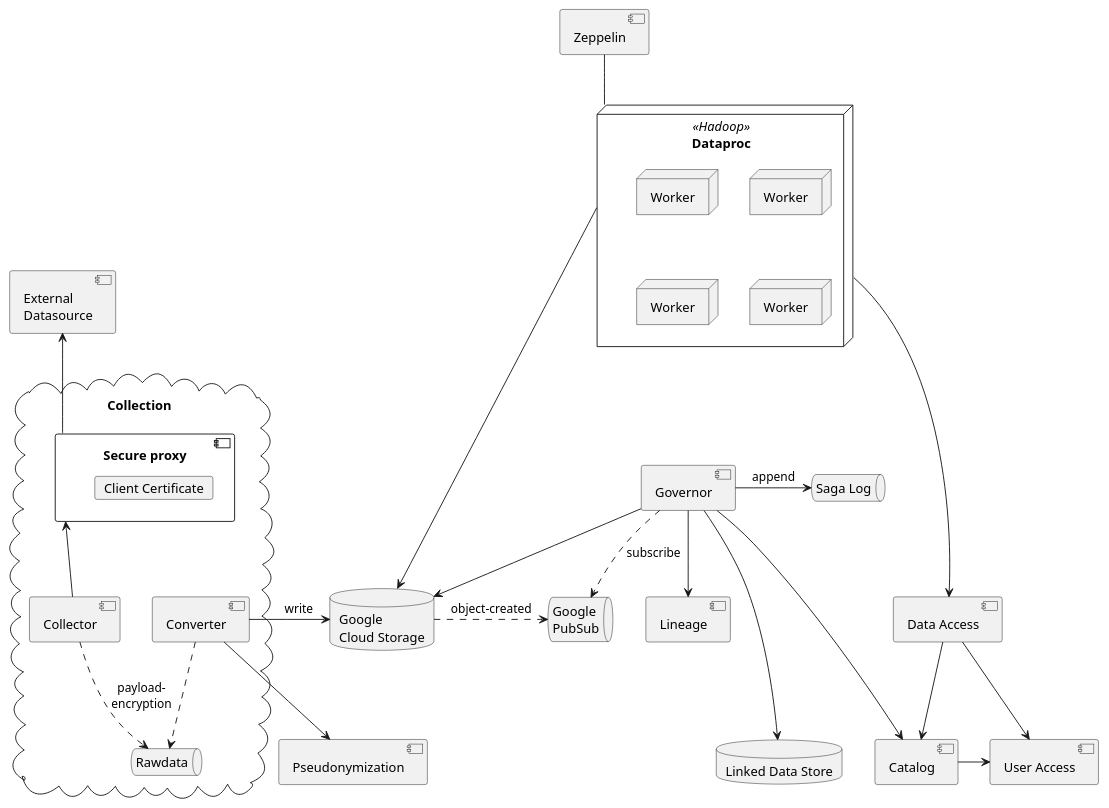
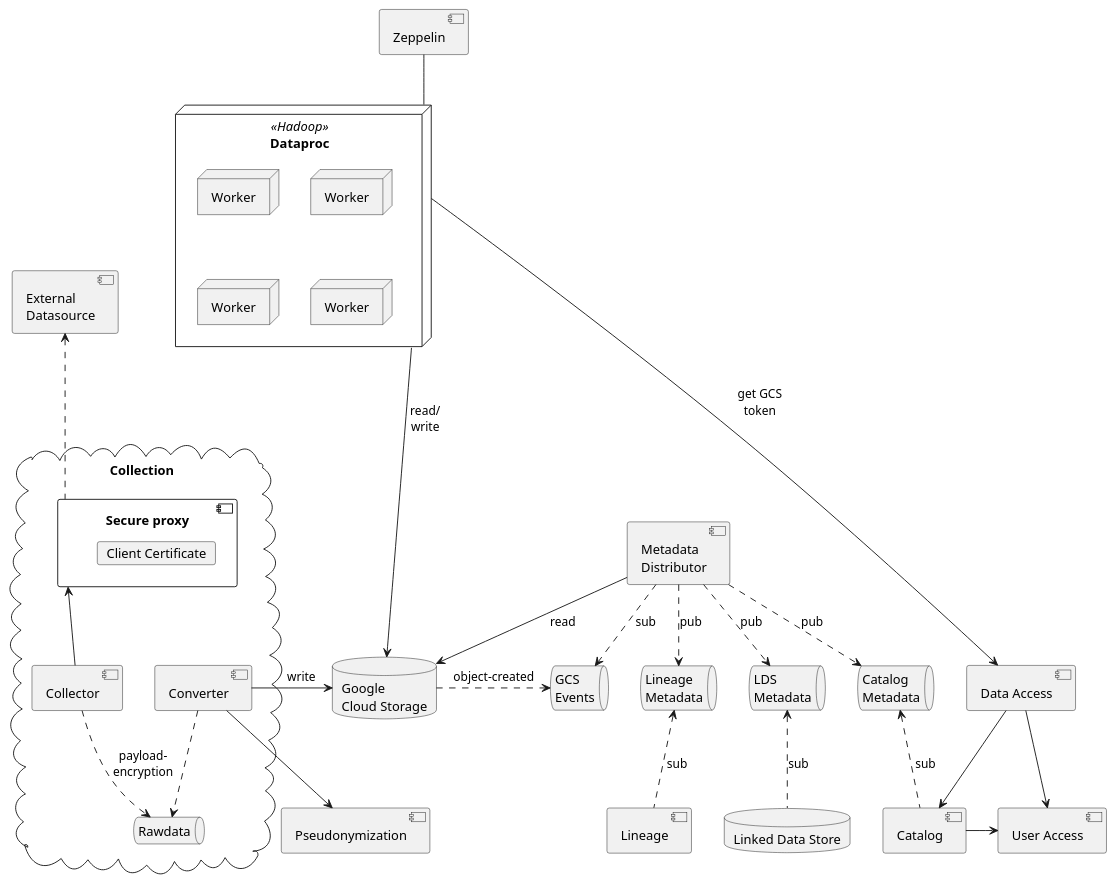
One commit to statisticsnorway/dapla-project changed the diagram in doc/components.puml. Above: the diagram before and after it, drawn with PlantUML.

Commit message:
Async metadata integration

```diff
--- a/doc/components.puml
+++ b/doc/components.puml
@@ -1,57 +1,63 @@
 @startuml
 
 component "User Access" as user_access
 component "Catalog" as catalog
 component "Pseudonymization" as pseudo
 component "Lineage" as lineage
 component "Data Access" as data_access
 database "Linked Data Store" as lds {
 }
 database "Google\nCloud Storage" as gcs {
 }
 node "Dataproc" <<Hadoop>> as dataproc {
   node "Worker" as worker1
   node "Worker" as worker2
   node "Worker" as worker3
   node "Worker" as worker4
 }
 component "Zeppelin" as zeppelin
 catalog -> user_access
 data_access --> catalog
 data_access --> user_access
 
 zeppelin -- dataproc
-dataproc ----> gcs
-dataproc ----> data_access
+dataproc ----> gcs : \n\nread/\nwrite
+dataproc ----> data_access : get GCS\ntoken
 
 component "External\nDatasource" as source
-component [Governor] as governor
-queue "Google\nPubSub" as pubsub {
+component "Metadata\nDistributor" as distributor
+queue "GCS\nEvents" as gcsevents {
 }
-queue "Saga Log" as sagalog {
+queue "Catalog\nMetadata" as catalogQ {
+}
+queue "LDS\nMetadata" as ldsQ {
+}
+queue "Lineage\nMetadata" as lineageQ {
 }
 cloud Collection {
     component "Secure proxy" as sec_proxy {
         card "Client Certificate" as client_cert
     }
     component "Collector" as collector
     queue "Rawdata" as rawdata {
     }
     component "Converter" as converter
     collector -u-> sec_proxy
     collector ..> rawdata : payload-\nencryption
     converter ..> rawdata
     converter -> gcs : "      write"
     converter --> pseudo
 }
 
-governor --> gcs
-governor --> lineage
-governor --> catalog
-gcs .> pubsub : object-created
-governor .> pubsub : subscribe
-governor -> sagalog : append
-governor ---> lds
-sec_proxy -u-> source
+distributor --> gcs : read
+distributor ..> lineageQ : pub
+distributor ..> catalogQ : pub
+distributor ..> ldsQ : pub
+gcs .> gcsevents : object-created
+distributor .> gcsevents : sub
+lds .u.> ldsQ : sub
+catalog .u.> catalogQ : sub
+lineage .u.> lineageQ : sub
+sec_proxy .u.> source
 
 @enduml
```
